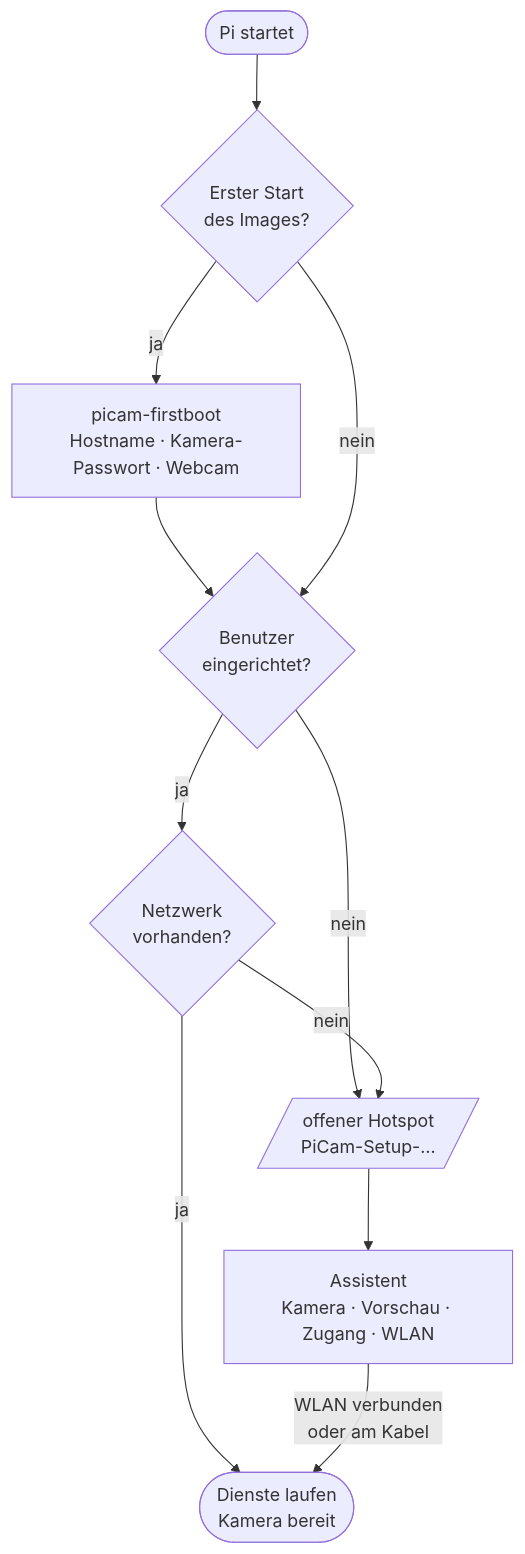
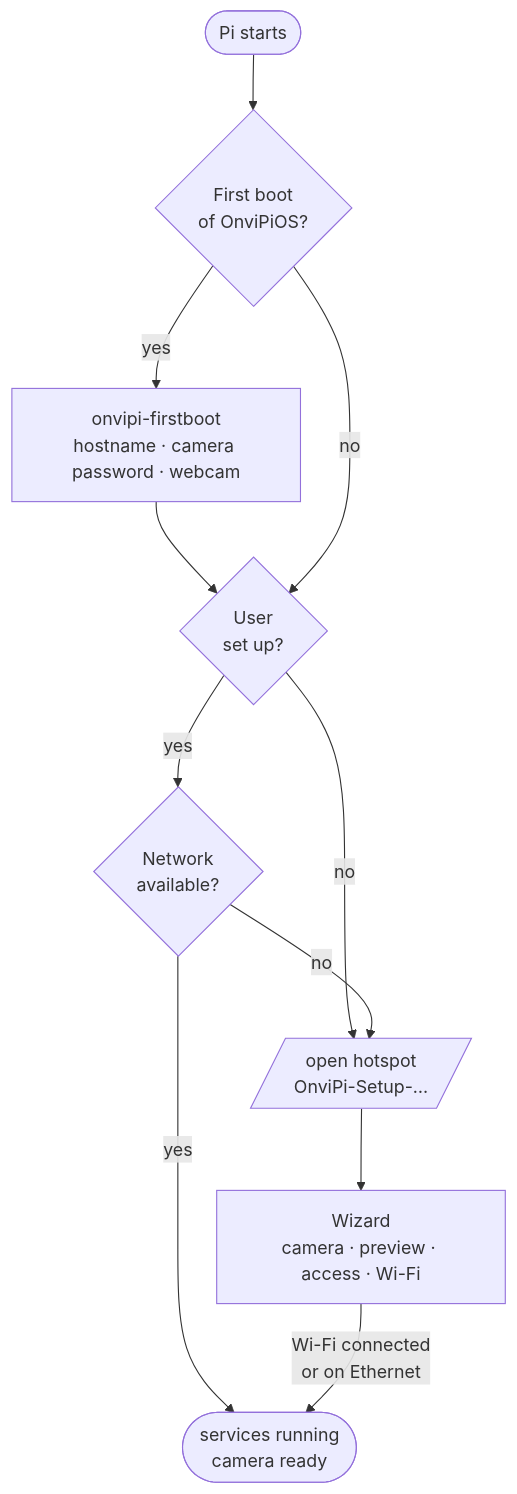
One commit to GERGto/OnviPi changed the second of 3 diagrams in README.md. Above: the diagram before and after it, drawn with Mermaid. The commit also changed other lines of this file and 38 other files, not shown here.

````diff
--- a/README.md
+++ b/README.md
@@ -221,13 +275,13 @@
 ```mermaid
 flowchart TD
-  boot([Pi startet]) --> first{"Erster Start<br/>des Images?"}
-  first -->|ja| fb["picam-firstboot<br/>Hostname · Kamera-Passwort · Webcam"]
+  boot([Pi starts]) --> first{"First boot<br/>of OnviPiOS?"}
+  first -->|yes| fb["onvipi-firstboot<br/>hostname · camera password · webcam"]
   fb --> user
-  first -->|nein| user{"Benutzer<br/>eingerichtet?"}
-  user -->|nein| ap
-  user -->|ja| net{"Netzwerk<br/>vorhanden?"}
-  net -->|ja| run([Dienste laufen<br/>Kamera bereit])
-  net -->|nein| ap[/"offener Hotspot<br/>PiCam-Setup-…"/]
-  ap --> wiz["Assistent<br/>Kamera · Vorschau · Zugang · WLAN"]
-  wiz -->|WLAN verbunden<br/>oder am Kabel| run
+  first -->|no| user{"User<br/>set up?"}
+  user -->|no| ap
+  user -->|yes| net{"Network<br/>available?"}
+  net -->|yes| run([services running<br/>camera ready])
+  net -->|no| ap[/"open hotspot<br/>OnviPi-Setup-…"/]
+  ap --> wiz["Wizard<br/>camera · preview · access · Wi-Fi"]
+  wiz -->|Wi-Fi connected<br/>or on Ethernet| run
 ```
````
